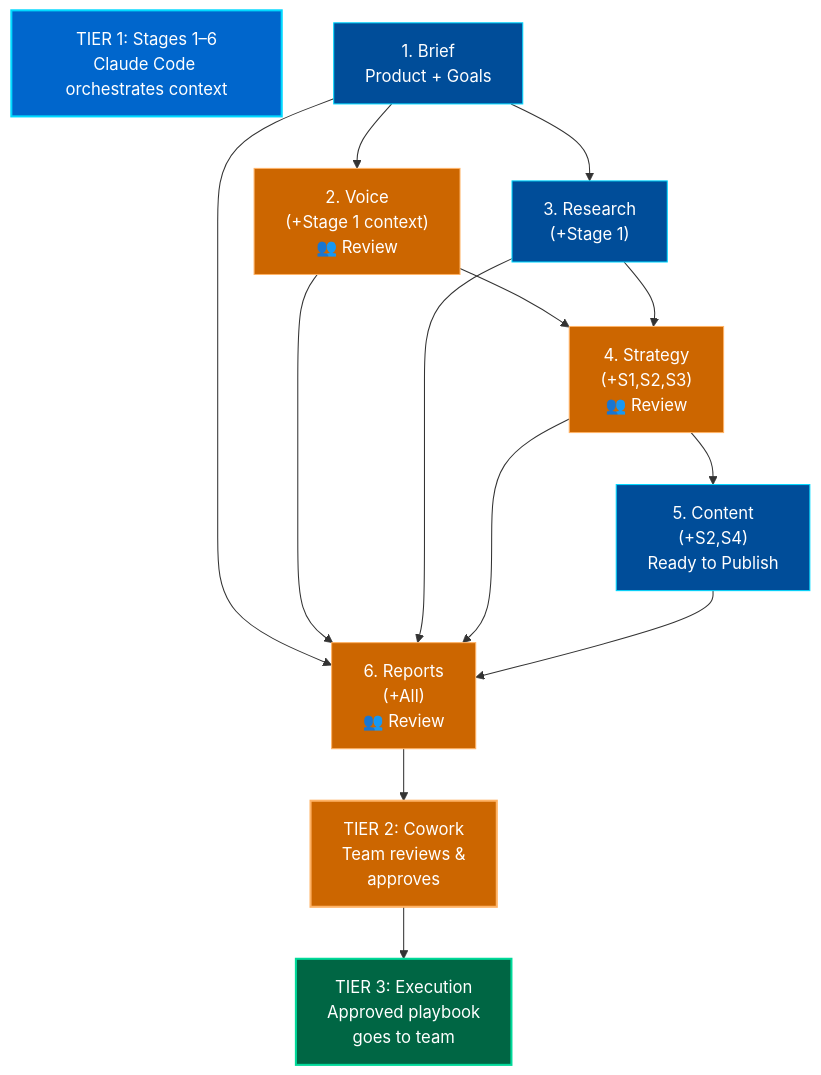
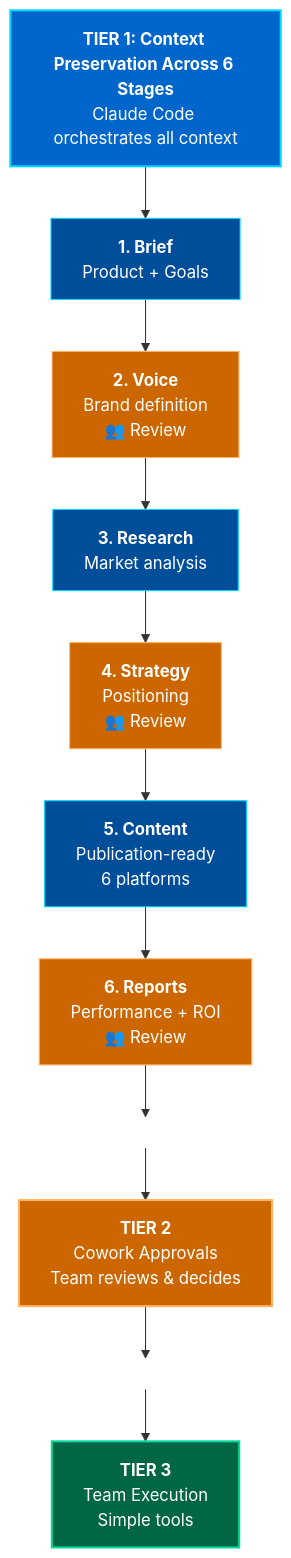
One commit to shireen168/marketing-os changed the fourth of 4 diagrams in README.md. Above: the diagram before and after it, drawn with Mermaid. The commit also changed other lines of this file, not shown here.

First line of the commit message:
refactor: polish diagram alignment and spacing

````diff
--- a/README.md
+++ b/README.md
@@ -251,34 +287,42 @@
 ```mermaid
 graph TD
-    Tier1["TIER 1: Stages 1–6<br/>Claude Code orchestrates context"]
-    S1["1. Brief<br/>Product + Goals"]
-    S2["2. Voice<br/>(+Stage 1 context)<br/>👥 Review"]
-    S3["3. Research<br/>(+Stage 1)"]
-    S4["4. Strategy<br/>(+S1,S2,S3)<br/>👥 Review"]
-    S5["5. Content<br/>(+S2,S4)<br/>Ready to Publish"]
-    S6["6. Reports<br/>(+All)<br/>👥 Review"]
+    Title["<b>TIER 1: Context Preservation Across 6 Stages</b><br/>Claude Code orchestrates all context"]
     
+    S1["<b>1. Brief</b><br/>Product + Goals"]
+    S2["<b>2. Voice</b><br/>Brand definition<br/>👥 Review"]
+    S3["<b>3. Research</b><br/>Market analysis"]
+    S4["<b>4. Strategy</b><br/>Positioning<br/>👥 Review"]
+    S5["<b>5. Content</b><br/>Publication-ready<br/>6 platforms"]
+    S6["<b>6. Reports</b><br/>Performance + ROI<br/>👥 Review"]
+    
+    Space1[" "]
+    
+    T2["<b>TIER 2</b><br/>Cowork Approvals<br/>Team reviews & decides"]
+    
+    Space2[" "]
+    
+    T3["<b>TIER 3</b><br/>Team Execution<br/>Simple tools"]
+    
+    Title --> S1
     S1 --> S2
-    S1 --> S3
-    S2 --> S4
+    S2 --> S3
     S3 --> S4
     S4 --> S5
-    S1 --> S6
-    S2 --> S6
-    S3 --> S6
-    S4 --> S6
     S5 --> S6
     
-    S6 --> Tier2["TIER 2: Cowork<br/>Team reviews &<br/>approves"]
-    Tier2 --> Tier3["TIER 3: Execution<br/>Approved playbook<br/>goes to team"]
+    S6 --> Space1 --> T2 --> Space2 --> T3
     
-    style Tier1 fill:#0066cc,stroke:#00d9ff,color:#ffffff,stroke-width:2px
-    style S1 fill:#004d99,stroke:#00d9ff,color:#ffffff
-    style S2 fill:#cc6600,stroke:#ffb366,color:#ffffff
-    style S3 fill:#004d99,stroke:#00d9ff,color:#ffffff
-    style S4 fill:#cc6600,stroke:#ffb366,color:#ffffff
-    style S5 fill:#004d99,stroke:#00d9ff,color:#ffffff
-    style S6 fill:#cc6600,stroke:#ffb366,color:#ffffff
-    style Tier2 fill:#cc6600,stroke:#ffb366,color:#ffffff,stroke-width:2px
-    style Tier3 fill:#006644,stroke:#00d999,color:#ffffff,stroke-width:2px
+    style Title fill:#0066cc,stroke:#00d9ff,color:#ffffff,stroke-width:2px,padding:15px
+    style S1 fill:#004d99,stroke:#00d9ff,color:#ffffff,stroke-width:1px,padding:10px
+    style S2 fill:#cc6600,stroke:#ffb366,color:#ffffff,stroke-width:1px,padding:10px
+    style S3 fill:#004d99,stroke:#00d9ff,color:#ffffff,stroke-width:1px,padding:10px
+    style S4 fill:#cc6600,stroke:#ffb366,color:#ffffff,stroke-width:1px,padding:10px
+    style S5 fill:#004d99,stroke:#00d9ff,color:#ffffff,stroke-width:1px,padding:10px
+    style S6 fill:#cc6600,stroke:#ffb366,color:#ffffff,stroke-width:1px,padding:10px
+    
+    style Space1 fill:none,stroke:none
+    style Space2 fill:none,stroke:none
+    
+    style T2 fill:#cc6600,stroke:#ffb366,color:#ffffff,stroke-width:2px,padding:15px
+    style T3 fill:#006644,stroke:#00d999,color:#ffffff,stroke-width:2px,padding:15px
 ```
````
